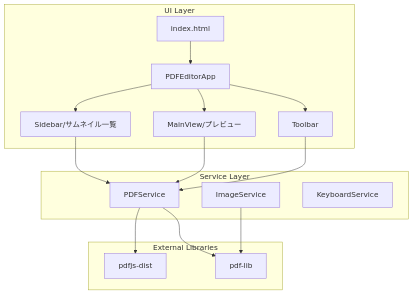
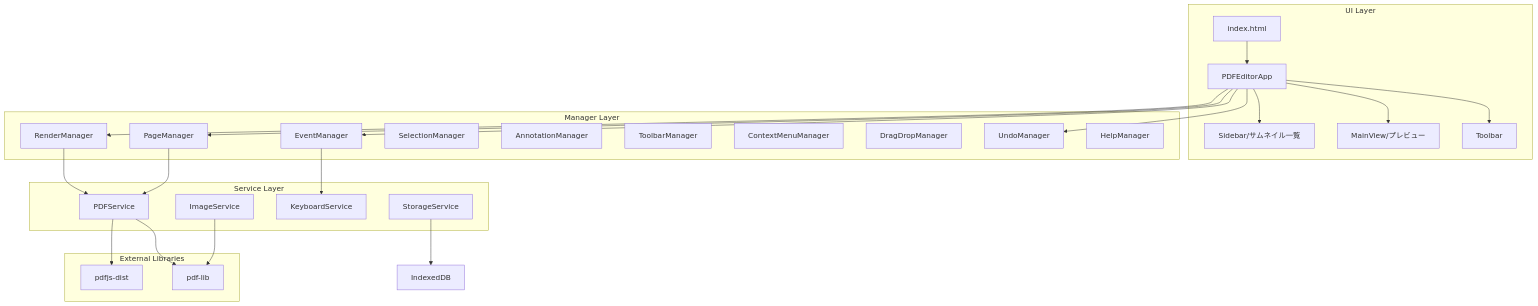
The first of 4 diagrams in docs/design.md (kumakun8325/pdfeditor), drawn with Mermaid before and after one commit. The commit also changed other lines of this file and 2 other files, not shown here.

````diff
--- a/docs/design.md
+++ b/docs/design.md
@@ -5,27 +7,46 @@
 ```mermaid
 graph TB
     subgraph UI Layer
         A[index.html] --> B[PDFEditorApp]
         B --> C[Sidebar/サムネイル一覧]
         B --> D[MainView/プレビュー]
         B --> E[Toolbar]
     end
-    
+
+    subgraph Manager Layer
+        M1[EventManager]
+        M2[RenderManager]
+        M3[PageManager]
+        M4[SelectionManager]
+        M5[AnnotationManager]
+        M6[ToolbarManager]
+        M7[ContextMenuManager]
+        M8[DragDropManager]
+        M9[UndoManager]
+        M10[HelpManager]
+    end
+
     subgraph Service Layer
         F[PDFService]
         G[ImageService]
         H[KeyboardService]
+        K[StorageService]
     end
-    
+
     subgraph External Libraries
         I[pdfjs-dist]
         J[pdf-lib]
     end
-    
-    C --> F
-    D --> F
-    E --> F
+
+    B --> M1
+    B --> M2
+    B --> M3
+    B --> M9
+    M1 --> H
+    M2 --> F
+    M3 --> F
     F --> I
     F --> J
     G --> J
+    K --> L[IndexedDB]
 ```
````
